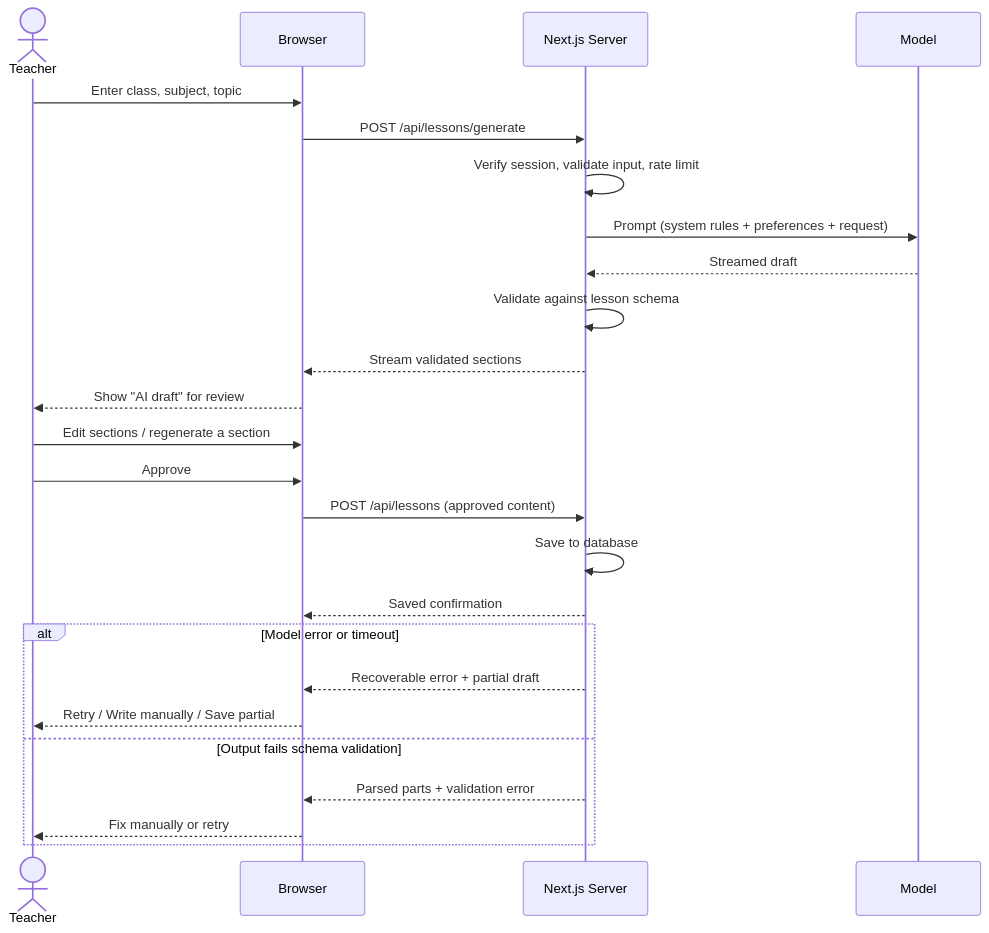
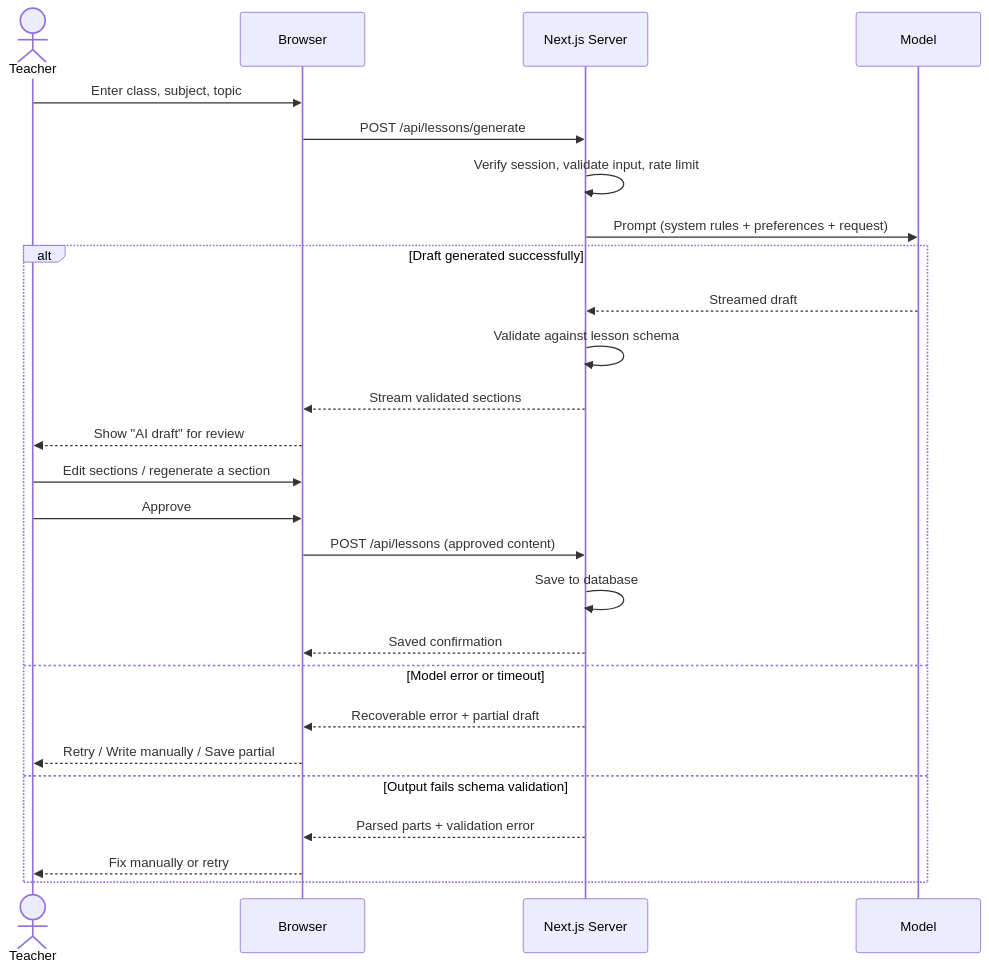
One commit to Akanimo-Umoh/ai-native-frontend changed the second of 3 diagrams in submissions/phase-1-product-strategy/02-system-boundary-diagram.md. Above: the diagram before and after it, drawn with Mermaid. The commit also changed other lines of this file, not shown here.

Commit message:
docs: update system boundary diagram for clarity and accuracy

````diff
--- a/submissions/phase-1-product-strategy/02-system-boundary-diagram.md
+++ b/submissions/phase-1-product-strategy/02-system-boundary-diagram.md
@@ -62,29 +60,30 @@
 ```mermaid
 sequenceDiagram
   actor T as Teacher
   participant B as Browser
   participant S as Next.js Server
   participant M as Model
 
   T->>B: Enter class, subject, topic
   B->>S: POST /api/lessons/generate
   S->>S: Verify session, validate input, rate limit
   S->>M: Prompt (system rules + preferences + request)
-  M-->>S: Streamed draft
-  S->>S: Validate against lesson schema
-  S-->>B: Stream validated sections
-  B-->>T: Show "AI draft" for review
-  T->>B: Edit sections / regenerate a section
-  T->>B: Approve
-  B->>S: POST /api/lessons (approved content)
-  S->>S: Save to database
-  S-->>B: Saved confirmation
 
-  alt Model error or timeout
+  alt Draft generated successfully
+    M-->>S: Streamed draft
+    S->>S: Validate against lesson schema
+    S-->>B: Stream validated sections
+    B-->>T: Show "AI draft" for review
+    T->>B: Edit sections / regenerate a section
+    T->>B: Approve
+    B->>S: POST /api/lessons (approved content)
+    S->>S: Save to database
+    S-->>B: Saved confirmation
+  else Model error or timeout
     S-->>B: Recoverable error + partial draft
     B-->>T: Retry / Write manually / Save partial
   else Output fails schema validation
     S-->>B: Parsed parts + validation error
     B-->>T: Fix manually or retry
   end
 ```
````
